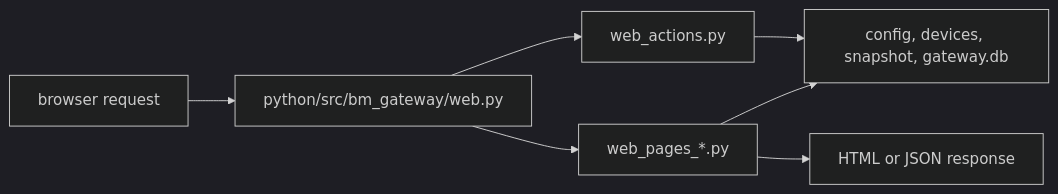
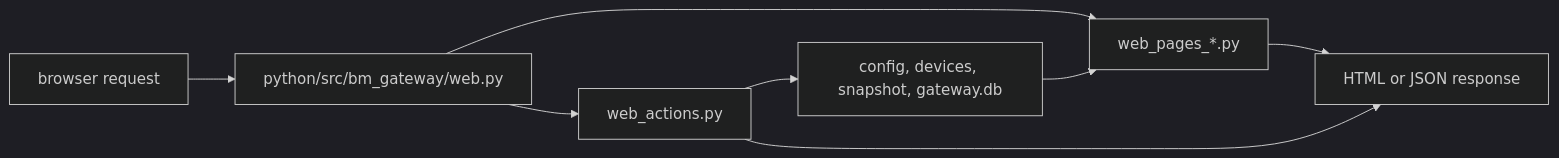
Before and after one commit to marcomc/BMGateway: the diagram in web/README.md, drawn with Mermaid (dark theme). The commit also changed other lines of this file and 7 other files, not shown here.

Commit message:
Enhance documentation with new diagrams for system flow, Raspberry Pi setup, and web implementation; improve clarity on runtime state and history storage processes.

````diff
--- a/web/README.md
+++ b/web/README.md
@@ -48,16 +51,19 @@
 ```mermaid
 flowchart LR
+    accTitle: Web implementation flow
+    accDescr: Shows how browser requests route through web.py into renderers or actions, use shared state, and return HTML or JSON.
     Request["browser request"]
     Router["python/src/bm_gateway/web.py"]
     Renderer["web_pages_*.py"]
     Actions["web_actions.py"]
     State["config, devices, snapshot, gateway.db"]
     Response["HTML or JSON response"]
 
     Request --> Router
     Router --> Renderer
     Router --> Actions
-    Renderer --> State
+    State --> Renderer
     Actions --> State
     Renderer --> Response
+    Actions --> Response
 ```
````
